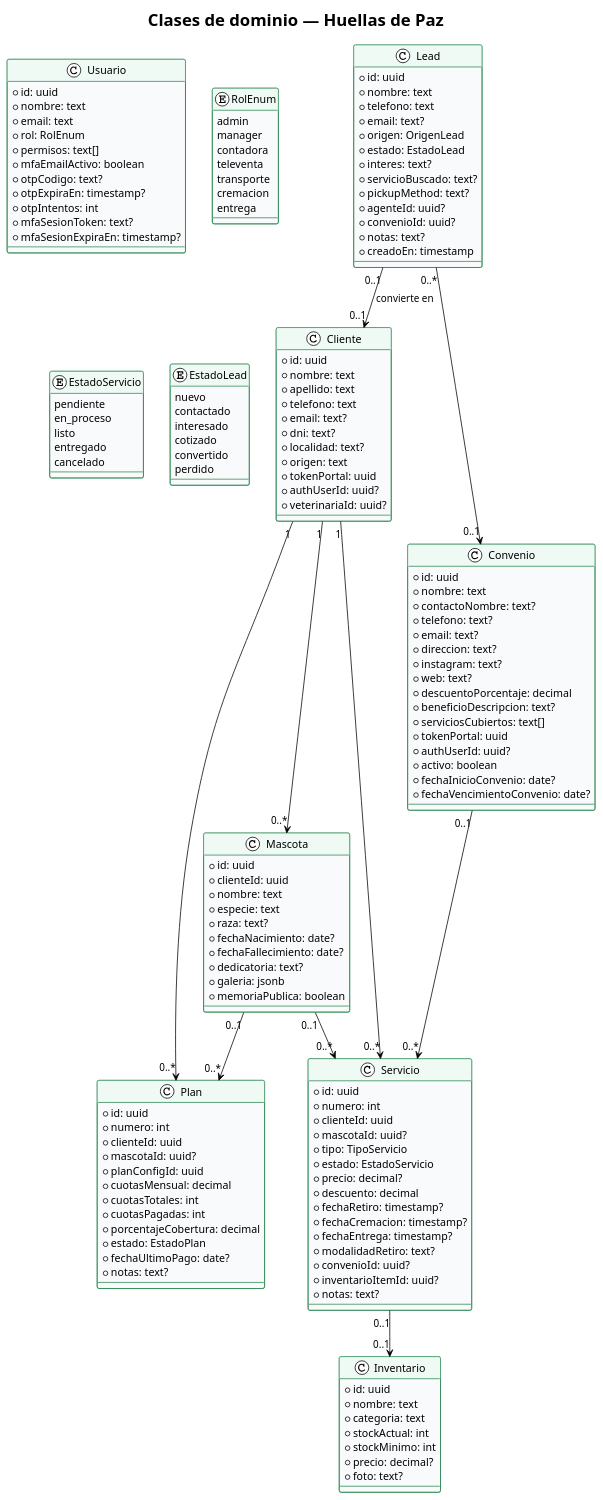
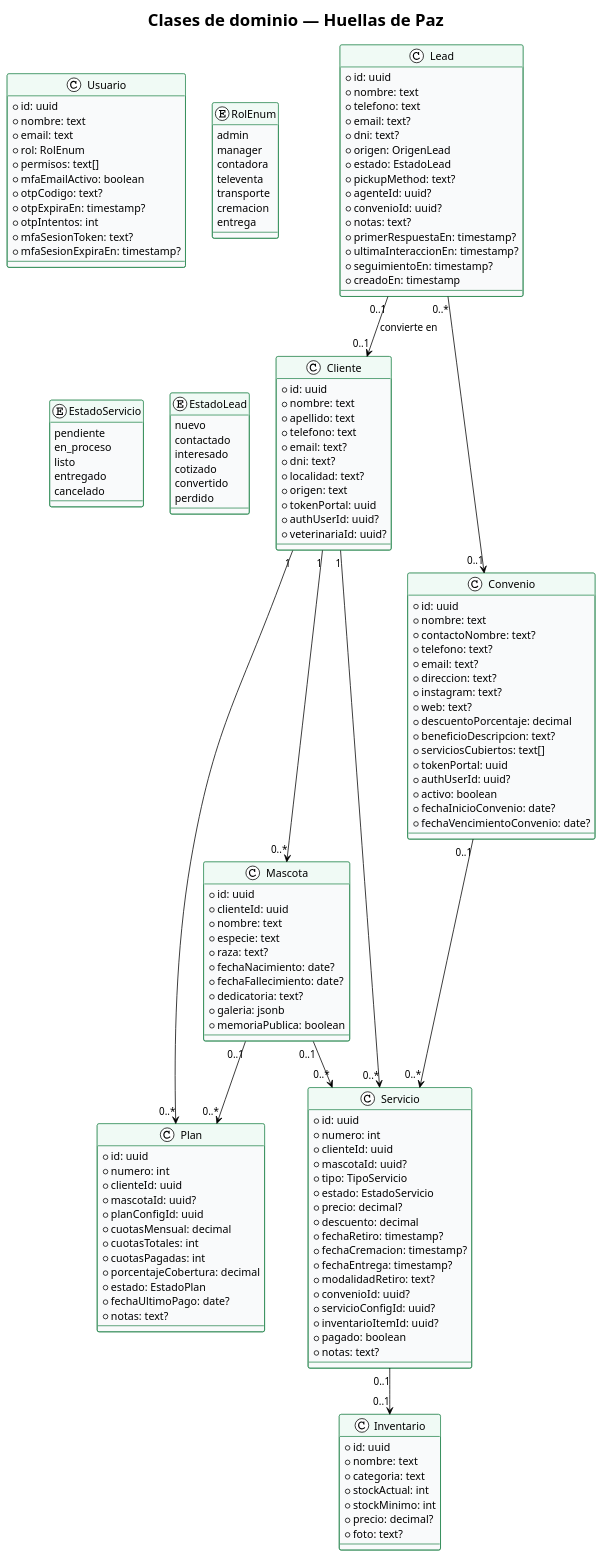
One commit to ffrankito/huellas-vault changed the diagram in wiki/architecture/plantuml/03-clases-dominio.md. Above: the diagram before and after it, drawn with PlantUML. The commit also changed other lines of this file and 2 other files, not shown here.

Commit message:
docs: sync vault with recent development changes
- vercel.md: document deploymentEnabled: false + dev branch strategy
- supabase.md: add local dev setup section (CLI, db reset, seed workflow)
- 03-clases-dominio.md: add missing Servicio fields (pagado, servicioConfigId) and Lead fields (dni, primerRespuestaEn, ultimaInteraccionEn, seguimientoEn); remove non-existent fields (interes, servicioBuscado)

```diff
--- a/wiki/architecture/plantuml/03-clases-dominio.md
+++ b/wiki/architecture/plantuml/03-clases-dominio.md
@@ -72,7 +72,9 @@
   +fechaEntrega: timestamp?
   +modalidadRetiro: text?
   +convenioId: uuid?
+  +servicioConfigId: uuid?
   +inventarioItemId: uuid?
+  +pagado: boolean
   +notas: text?
 }
 
@@ -96,14 +98,16 @@
   +nombre: text
   +telefono: text
   +email: text?
+  +dni: text?
   +origen: OrigenLead
   +estado: EstadoLead
-  +interes: text?
-  +servicioBuscado: text?
   +pickupMethod: text?
   +agenteId: uuid?
   +convenioId: uuid?
   +notas: text?
+  +primerRespuestaEn: timestamp?
+  +ultimaInteraccionEn: timestamp?
+  +seguimientoEn: timestamp?
   +creadoEn: timestamp
 }
 
```
